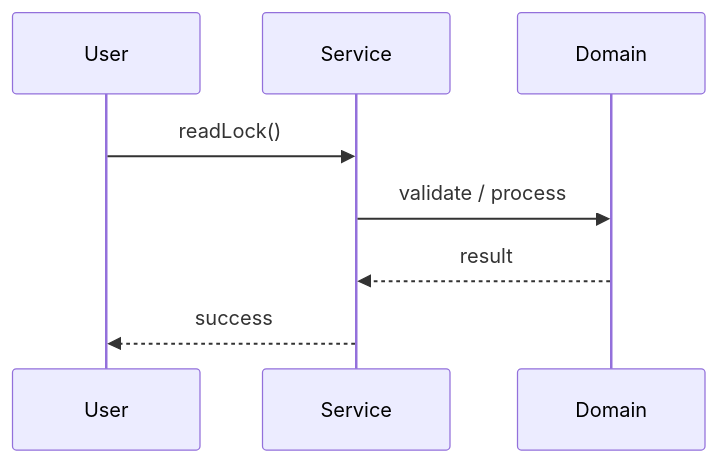
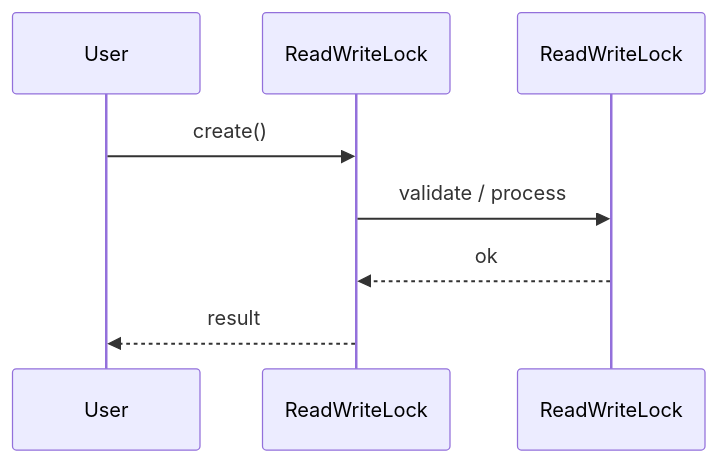
One commit to madhupaila/Interview-Prep-SSE changed the second of 3 diagrams in Learn/System Design - Low Level Design/04-concurrency-lld/questions/Q04-reader-writer-lock.md. Above: the diagram before and after it, drawn with Mermaid. The commit also changed other lines of this file and 491 other files, not shown here.

````diff
--- a/Learn/System Design - Low Level Design/04-concurrency-lld/questions/Q04-reader-writer-lock.md
+++ b/Learn/System Design - Low Level Design/04-concurrency-lld/questions/Q04-reader-writer-lock.md
@@ -120,10 +144,10 @@
 ```mermaid
 sequenceDiagram
-    participant U as User
-    participant S as Service
-    participant D as Domain
-    U->>S: readLock()
-    S->>D: validate / process
-    D-->>S: result
-    S-->>U: success
+participant U as User
+participant S as ReadWriteLock
+participant D as ReadWriteLock
+U->>S: create()
+S->>D: validate / process
+D-->>S: ok
+S-->>U: result
 ```
````
